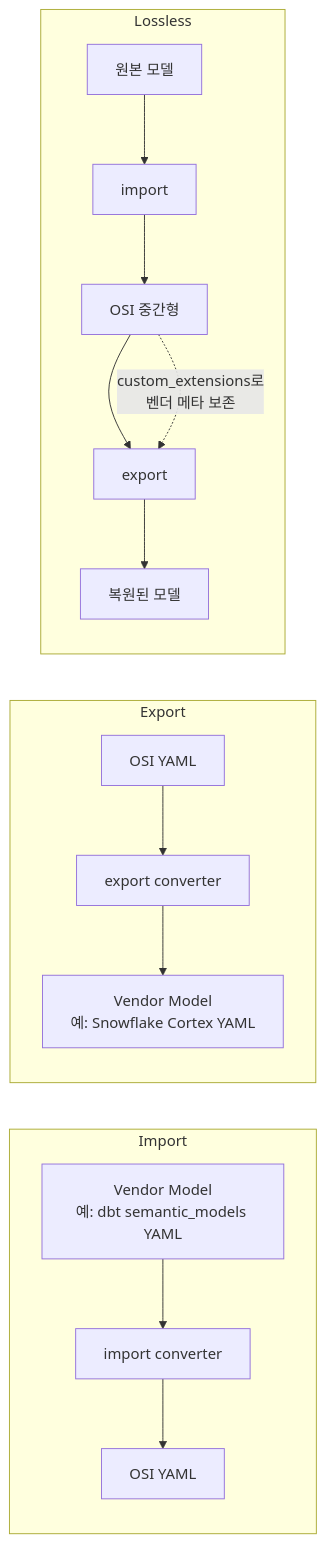
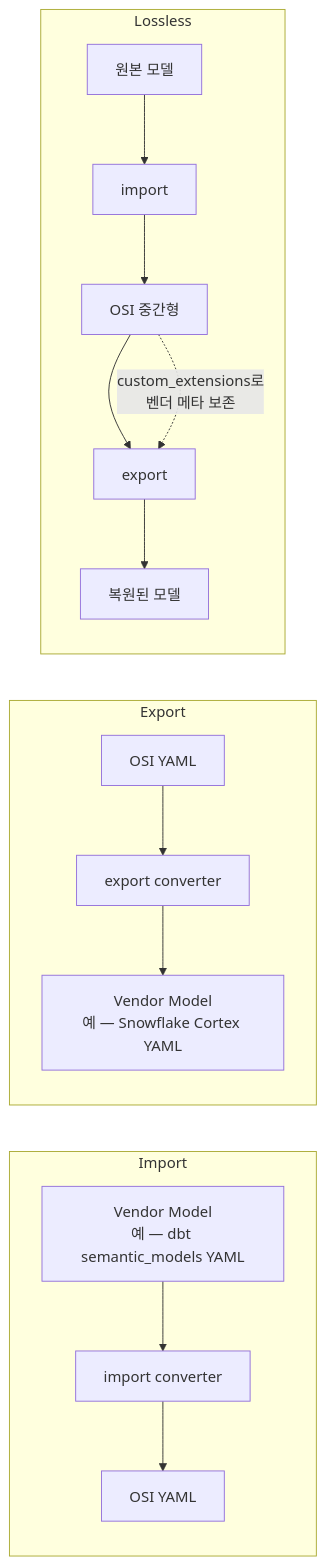
One commit to sangyun628/research changed the fourth of 8 diagrams in data-platforms/osi/OSI_적용_참고서.md. Above: the diagram before and after it, drawn with Mermaid. The commit also changed other lines of this file, not shown here.

First line of the commit message:
fix(osi): mermaid 다이어그램 8개 파싱 에러 수정

````diff
--- a/data-platforms/osi/OSI_적용_참고서.md
+++ b/data-platforms/osi/OSI_적용_참고서.md
@@ -461,20 +461,20 @@
 ```mermaid
 flowchart LR
     subgraph Import
-        V1[Vendor Model<br/>예: dbt semantic_models YAML] --> CI[import converter]
+        V1["Vendor Model<br/>예 — dbt semantic_models YAML"] --> CI[import converter]
         CI --> O1[OSI YAML]
     end
     
     subgraph Export
         O2[OSI YAML] --> CE[export converter]
-        CE --> V2[Vendor Model<br/>예: Snowflake Cortex YAML]
+        CE --> V2["Vendor Model<br/>예 — Snowflake Cortex YAML"]
     end
 
     subgraph Lossless
-        Original[원본 모델] --> ImportE[import]
-        ImportE --> OSIMid[OSI 중간형]
+        Original["원본 모델"] --> ImportE[import]
+        ImportE --> OSIMid["OSI 중간형"]
         OSIMid --> ExportE[export]
-        ExportE --> Restored[복원된 모델]
-        OSIMid -. custom_extensions로<br/>벤더 메타 보존 .-> ExportE
+        ExportE --> Restored["복원된 모델"]
+        OSIMid -. "custom_extensions로<br/>벤더 메타 보존" .-> ExportE
     end
 ```
````
